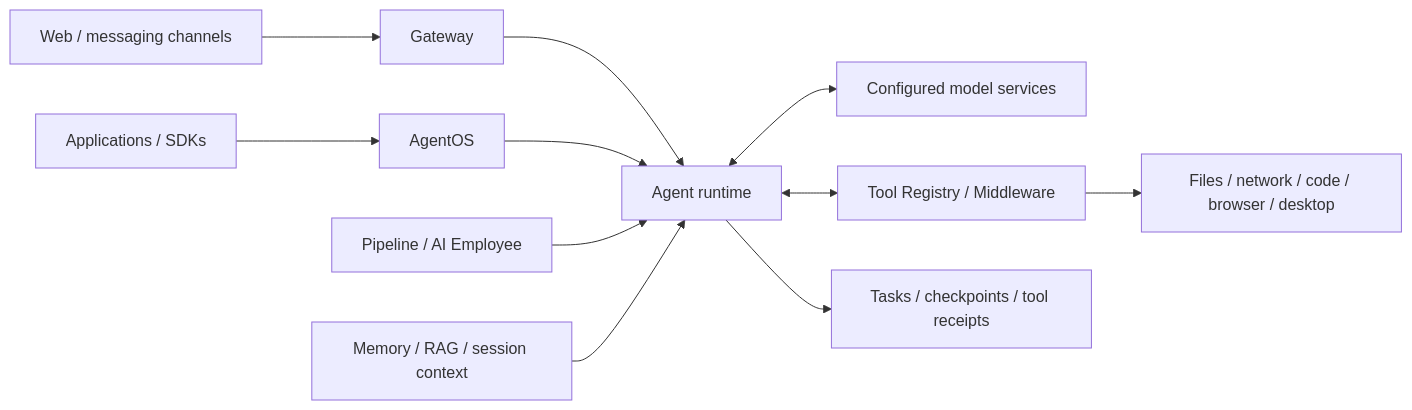
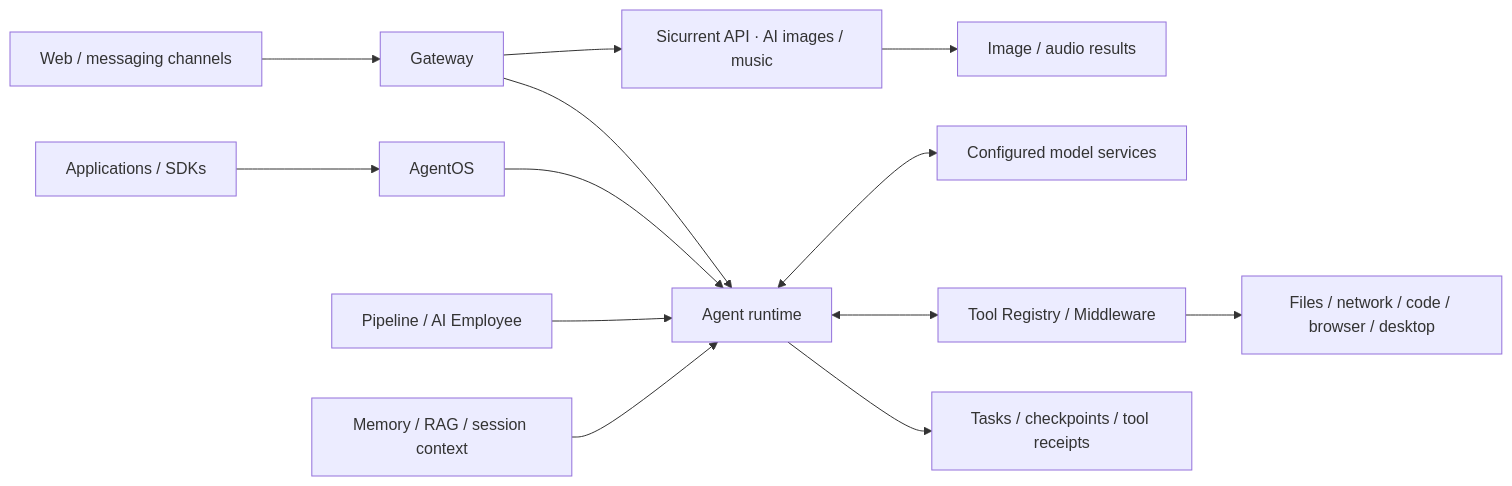
The diagram in README.en.md (niqinggood/macs), drawn with Mermaid before and after one commit. The commit also changed other lines of this file and 2 other files, not shown here.

Commit message:
Clarify Sicurrent API image and music generation integration

````diff
--- a/README.en.md
+++ b/README.en.md
@@ -60,13 +60,15 @@
 ```mermaid
 flowchart LR
     Web["Web / messaging channels"] --> Gateway["Gateway"]
     Business["Applications / SDKs"] --> AgentOS["AgentOS"]
     Gateway --> Runtime["Agent runtime"]
+    Gateway --> Creation["Sicurrent API · AI images / music"]
+    Creation --> MediaResults["Image / audio results"]
     AgentOS --> Runtime
     Workflow["Pipeline / AI Employee"] --> Runtime
     Runtime <--> Models["Configured model services"]
     Runtime <--> Tools["Tool Registry / Middleware"]
     Tools --> Actions["Files / network / code / browser / desktop"]
     Context["Memory / RAG / session context"] --> Runtime
     Runtime --> State["Tasks / checkpoints / tool receipts"]
 ```
````
